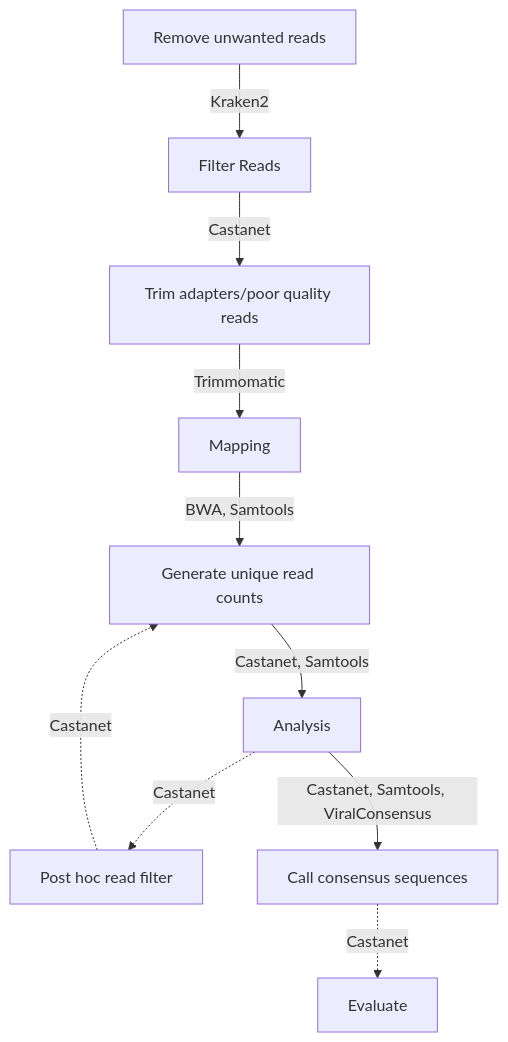
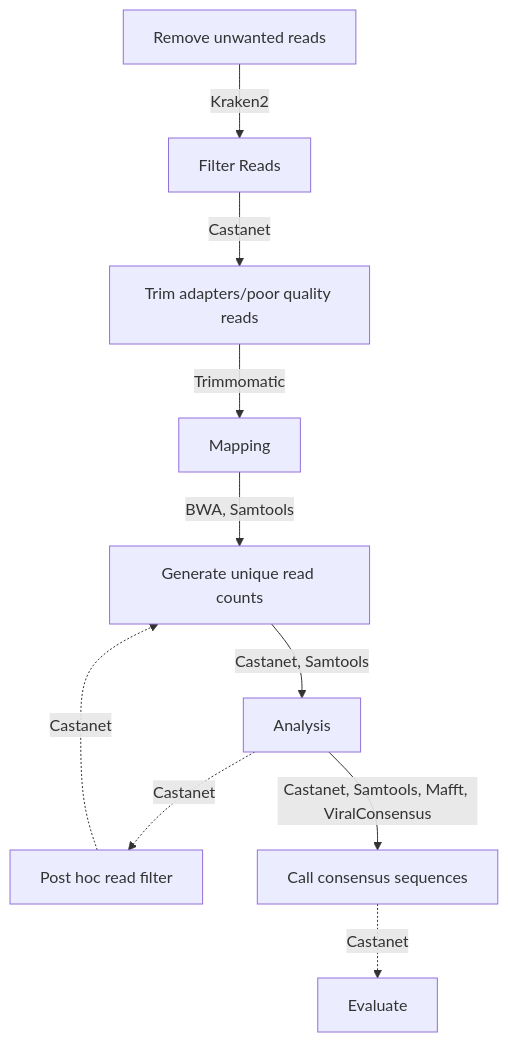
Before and after one commit to MultipathogenGenomics/castanet: the diagram in README.md, drawn with Mermaid.

Commit message:
chore: updated flowchart in readme

````diff
--- a/README.md
+++ b/README.md
@@ -21,12 +21,12 @@
 ```mermaid
 flowchart TD
     A[Remove unwanted reads]-->|Kraken2|B[participant Filter Reads]
     B[Filter Reads]-->|Castanet|C[Trim adapters/poor quality reads]
     C[Trim adapters/poor quality reads]-->|Trimmomatic|D[Mapping]
     D[Mapping]-->|BWA, Samtools|E[Generate unique read counts]
     E[Generate unique read counts]-->|Castanet, Samtools|F[Analysis]
     F[Analysis]-.->|Castanet|G[Post hoc filter]
-    F[Analysis]-->|Castanet, Samtools, ViralConsensus|I[Call consensus sequences]
+    F[Analysis]-->|Castanet, Samtools, Mafft, ViralConsensus|I[Call consensus sequences]
     I[Call consensus sequences]-.->|Castanet|J[Evaluate]
     G[Post hoc read filter]-.->|Castanet|E
 ```
````
